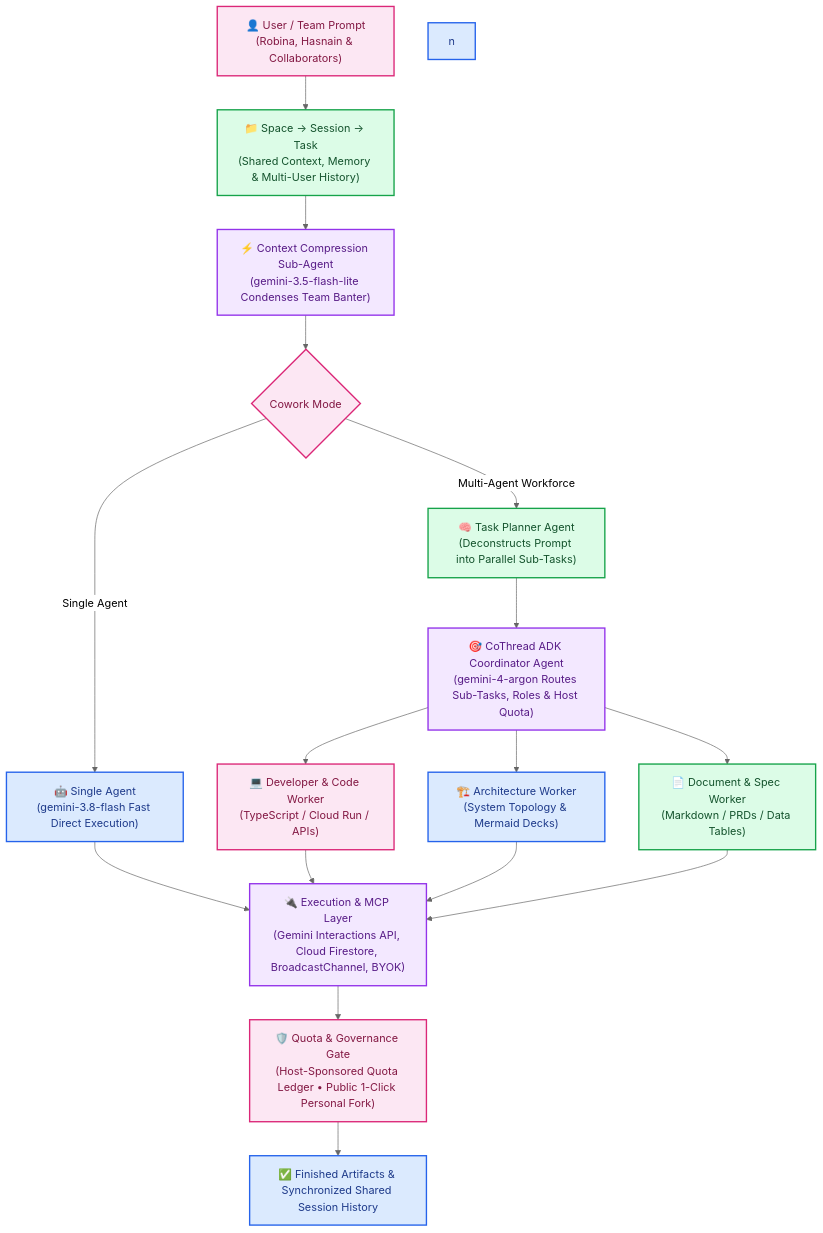
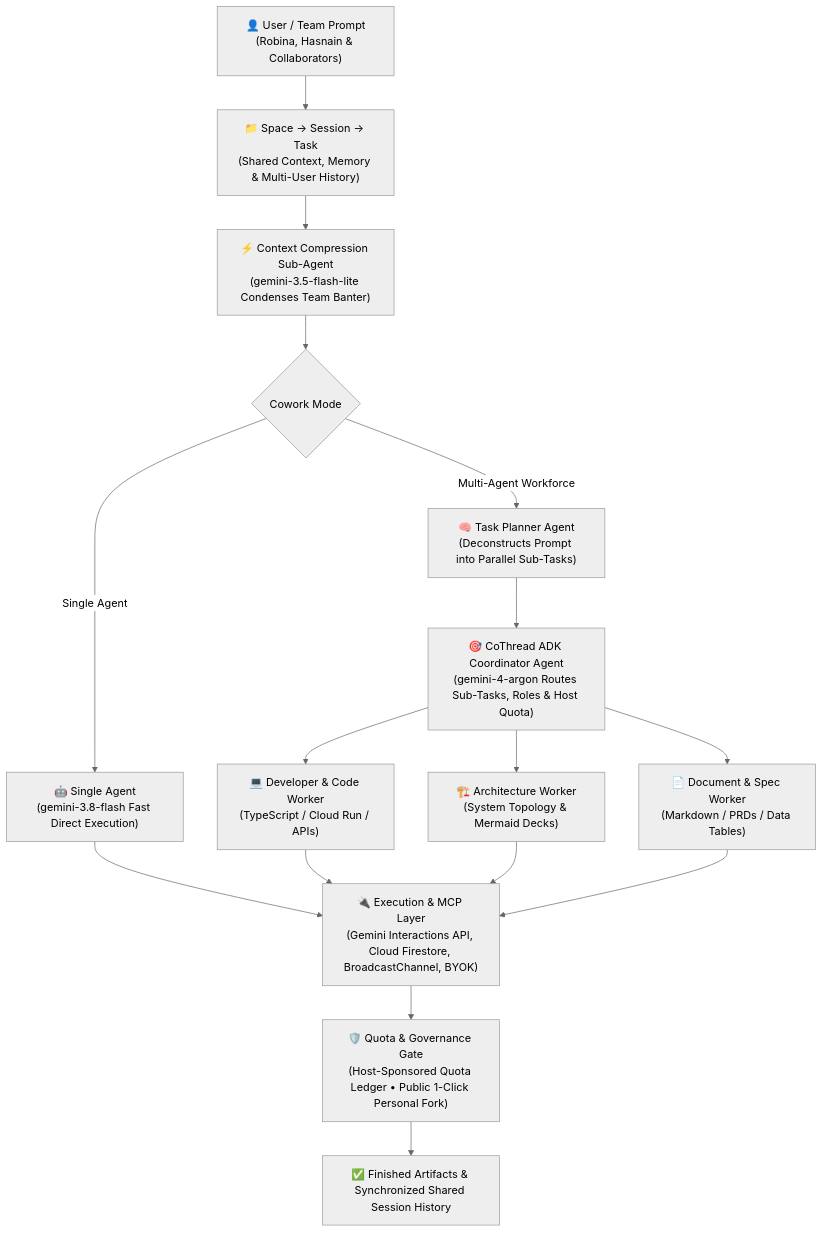
The third of 3 diagrams in README.md (RobinaMirbahar/CoThread), drawn with Mermaid (neutral theme) before and after one commit. The commit also changed other lines of this file, not shown here.

Commit message:
docs: revert Mermaid color overrides for crisp native GitHub rendering and consolidate header

````diff
--- a/README.md
+++ b/README.md
@@ -178,35 +147,21 @@
 ```mermaid
 flowchart TD
     User["👤 User / Team Prompt\n(Robina, Hasnain & Collaborators)"] --> Space["📁 Space → Session → Task\n(Shared Context, Memory & Multi-User History)"]
     Space --> Compress["⚡ Context Compression Sub-Agent\n(gemini-3.5-flash-lite Condenses Team Banter)"]
     Compress --> Mode{"Cowork Mode"}
 
     Mode -->|Single Agent| Single["🤖 Single Agent\n(gemini-3.8-flash Fast Direct Execution)"]
     Mode -->|Multi-Agent Workforce| Planner["🧠 Task Planner Agent\n(Deconstructs Prompt into Parallel Sub-Tasks)"]
 
     Planner --> Coordinator["🎯 CoThread ADK Coordinator Agent\n(gemini-4-argon Routes Sub-Tasks, Roles & Host Quota)"]
 
     Coordinator --> W1["💻 Developer & Code Worker\n(TypeScript / Cloud Run / APIs)"]
     Coordinator --> W2["🏗️ Architecture Worker\n(System Topology & Mermaid Decks)"]
     Coordinator --> W3["📄 Document & Spec Worker\n(Markdown / PRDs / Data Tables)"]
 
     Single --> Tools["🔌 Execution & MCP Layer\n(Gemini Interactions API, Cloud Firestore, BroadcastChannel, BYOK)"]
     W1 & W2 & W3 --> Tools
 
     Tools --> HITL["🛡️ Quota & Governance Gate\n(Host-Sponsored Quota Ledger • Public 1-Click Personal Fork)"]
     HITL --> Output["✅ Finished Artifacts & Synchronized Shared Session History"]
-    style User fill:#fce7f3,stroke:#db2777,stroke-width:2px,color:#831843
-    style n fill:#dbeafe,stroke:#2563eb,stroke-width:2px,color:#1e3a8a
-    style Space fill:#dcfce7,stroke:#16a34a,stroke-width:2px,color:#14532d
-    style Compress fill:#f3e8ff,stroke:#9333ea,stroke-width:2px,color:#581c87
-    style Mode fill:#fce7f3,stroke:#db2777,stroke-width:2px,color:#831843
-    style Single fill:#dbeafe,stroke:#2563eb,stroke-width:2px,color:#1e3a8a
-    style Planner fill:#dcfce7,stroke:#16a34a,stroke-width:2px,color:#14532d
-    style Coordinator fill:#f3e8ff,stroke:#9333ea,stroke-width:2px,color:#581c87
-    style W1 fill:#fce7f3,stroke:#db2777,stroke-width:2px,color:#831843
-    style W2 fill:#dbeafe,stroke:#2563eb,stroke-width:2px,color:#1e3a8a
-    style W3 fill:#dcfce7,stroke:#16a34a,stroke-width:2px,color:#14532d
-    style Tools fill:#f3e8ff,stroke:#9333ea,stroke-width:2px,color:#581c87
-    style HITL fill:#fce7f3,stroke:#db2777,stroke-width:2px,color:#831843
-    style Output fill:#dbeafe,stroke:#2563eb,stroke-width:2px,color:#1e3a8a
 ```
````
